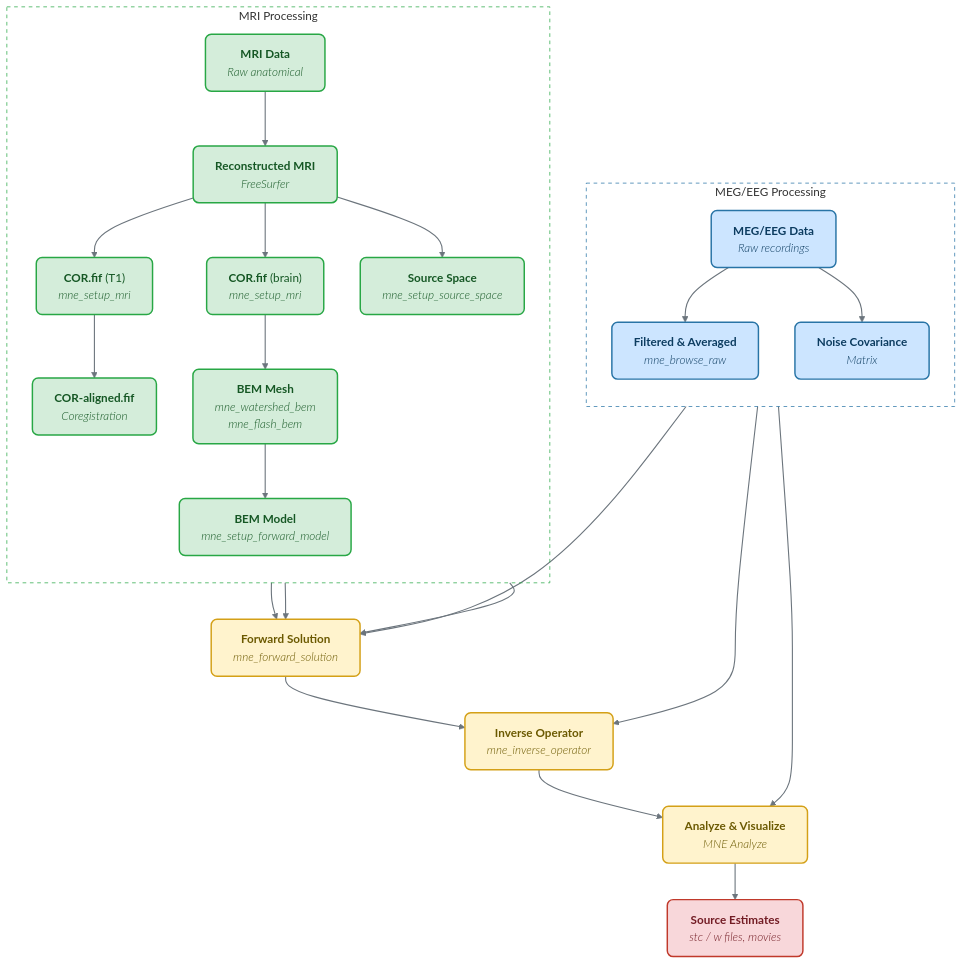
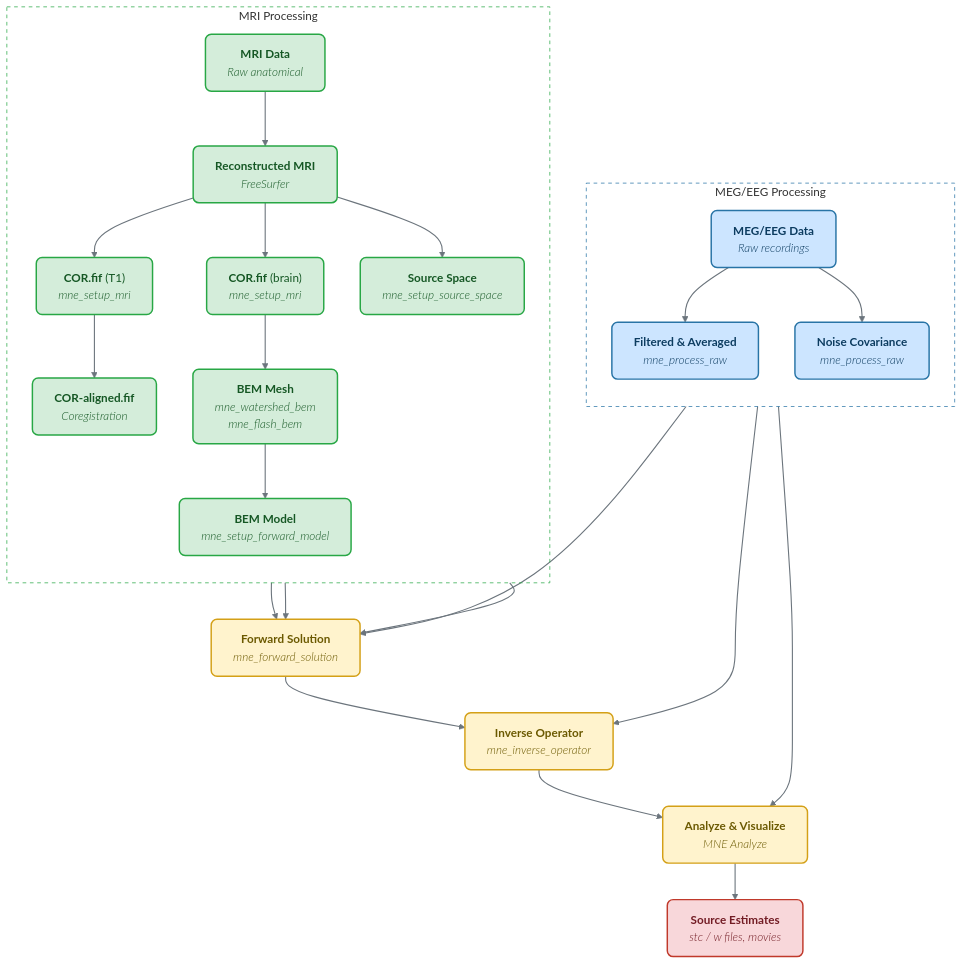
The diagram in doc/website/docs/manual/workflow.mdx (mne-tools/mne-cpp), drawn with Mermaid before and after one commit. The commit also changed other lines of this file and 39 other files, not shown here.

````diff
--- a/doc/website/docs/manual/workflow.mdx
+++ b/doc/website/docs/manual/workflow.mdx
@@ -15,63 +15,63 @@
 ```mermaid
 flowchart TD
     subgraph MRI_PATH["MRI Processing"]
         direction TB
         MRI_RAW["<b>MRI Data</b><br/><i style='font-weight:300'>Raw anatomical</i>"]
         FS["<b>Reconstructed MRI</b><br/><i style='font-weight:300'>FreeSurfer</i>"]
         COR_T1["<b>COR.fif</b> (T1)<br/><i style='font-weight:300'>mne_setup_mri</i>"]
         COR_BRAIN["<b>COR.fif</b> (brain)<br/><i style='font-weight:300'>mne_setup_mri</i>"]
         SRC["<b>Source Space</b><br/><i style='font-weight:300'>mne_setup_source_space</i>"]
         COR_ALIGNED["<b>COR-aligned.fif</b><br/><i style='font-weight:300'>Coregistration</i>"]
         BEM_MESH["<b>BEM Mesh</b><br/><i style='font-weight:300'>mne_watershed_bem</i><br/><i style='font-weight:300'>mne_flash_bem</i>"]
         BEM_MODEL["<b>BEM Model</b><br/><i style='font-weight:300'>mne_setup_forward_model</i>"]
 
         MRI_RAW --> FS
         FS --> COR_T1
         FS --> COR_BRAIN
         FS --> SRC
         COR_T1 --> COR_ALIGNED
         COR_BRAIN --> BEM_MESH
         BEM_MESH --> BEM_MODEL
     end
 
     subgraph MEG_PATH["MEG/EEG Processing"]
         direction TB
         MEG_RAW["<b>MEG/EEG Data</b><br/><i style='font-weight:300'>Raw recordings</i>"]
-        FILTERED["<b>Filtered &amp; Averaged</b><br/><i style='font-weight:300'>mne_browse_raw</i>"]
-        NOISE["<b>Noise Covariance</b><br/><i style='font-weight:300'>Matrix</i>"]
+        FILTERED["<b>Filtered &amp; Averaged</b><br/><i style='font-weight:300'>mne_process_raw</i>"]
+        NOISE["<b>Noise Covariance</b><br/><i style='font-weight:300'>mne_process_raw</i>"]
 
         MEG_RAW --> FILTERED
         MEG_RAW --> NOISE
     end
 
     FWD["<b>Forward Solution</b><br/><i style='font-weight:300'>mne_forward_solution</i>"]
     INV["<b>Inverse Operator</b><br/><i style='font-weight:300'>mne_inverse_operator</i>"]
     ANALYZE["<b>Analyze &amp; Visualize</b><br/><i style='font-weight:300'>MNE Analyze</i>"]
     OUTPUT["<b>Source Estimates</b><br/><i style='font-weight:300'>stc / w files, movies</i>"]
 
     SRC --> FWD
     BEM_MODEL --> FWD
     COR_ALIGNED --> FWD
     FILTERED --> FWD
     NOISE --> INV
 
     FWD --> INV
     INV --> ANALYZE
     FILTERED --> ANALYZE
     ANALYZE --> OUTPUT
 
     classDef mri fill:#d4edda,stroke:#28a745,stroke-width:2px,color:#155724,rx:8,ry:8
     classDef meg fill:#cce5ff,stroke:#2874a6,stroke-width:2px,color:#0c3c60,rx:8,ry:8
     classDef proc fill:#fff3cd,stroke:#d4a017,stroke-width:2px,color:#6b5900,rx:8,ry:8
     classDef out fill:#f8d7da,stroke:#c0392b,stroke-width:2px,color:#721c24,rx:8,ry:8
 
     class MRI_RAW,FS,COR_T1,COR_BRAIN,COR_ALIGNED,BEM_MESH,BEM_MODEL,SRC mri
     class MEG_RAW,FILTERED,NOISE meg
     class FWD,INV,ANALYZE proc
     class OUTPUT out
 
     style MRI_PATH fill:none,stroke:#28a745,stroke-width:1px,stroke-dasharray:5 5
     style MEG_PATH fill:none,stroke:#2874a6,stroke-width:1px,stroke-dasharray:5 5
 
     linkStyle default stroke:#6c757d,stroke-width:1.5px
 ```
````
